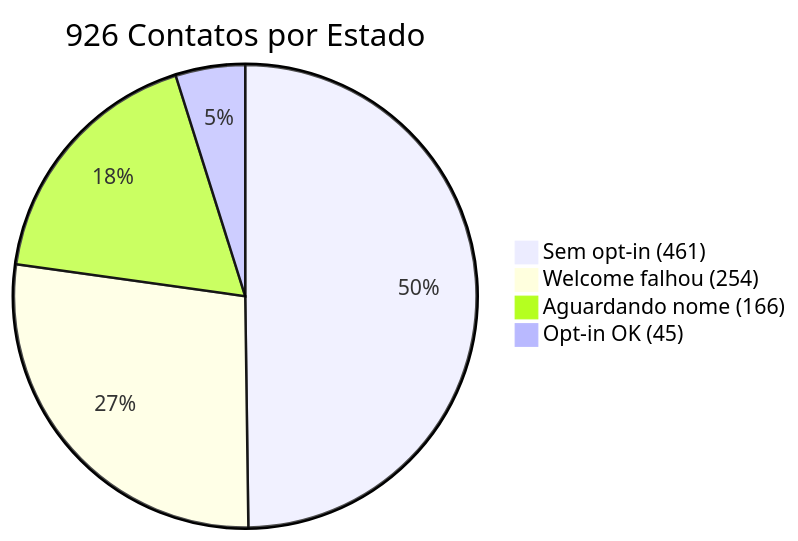
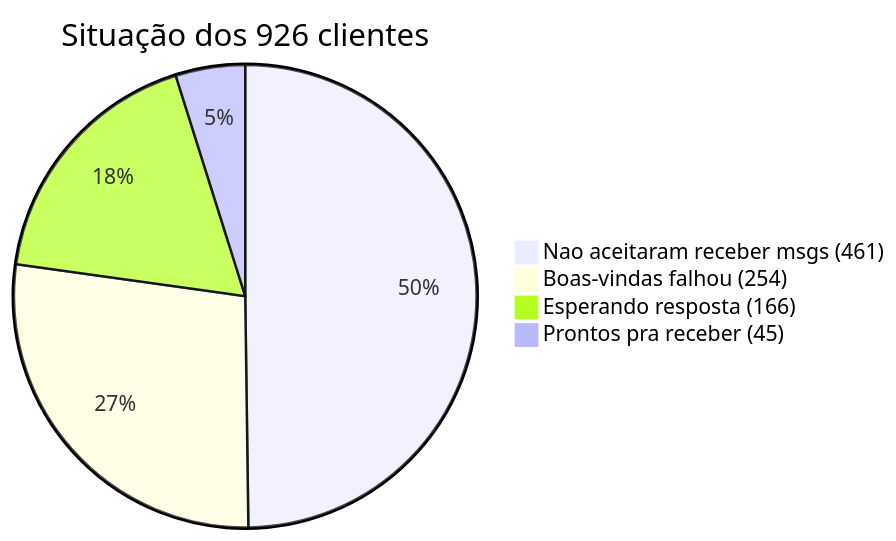
Before and after one commit to Clovisposto/vite-canvas-joy: the fifth of 6 diagrams in DASHBOARD_SAUDE.md, drawn with Mermaid. The commit also changed other lines of this file, not shown here.

````diff
--- a/DASHBOARD_SAUDE.md
+++ b/DASHBOARD_SAUDE.md
@@ -105,7 +109,7 @@
 ```mermaid
-pie title 926 Contatos por Estado
-    "Sem opt-in (461)" : 461
-    "Welcome falhou (254)" : 254
-    "Aguardando nome (166)" : 166
-    "Opt-in OK (45)" : 45
+pie title Situação dos 926 clientes
+    "Nao aceitaram receber msgs (461)" : 461
+    "Boas-vindas falhou (254)" : 254
+    "Esperando resposta (166)" : 166
+    "Prontos pra receber (45)" : 45
 ```
````
